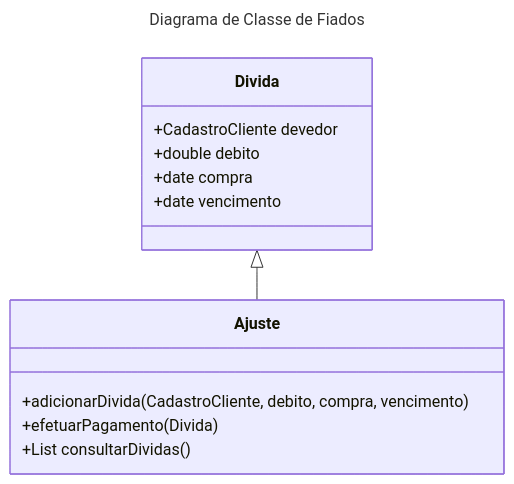
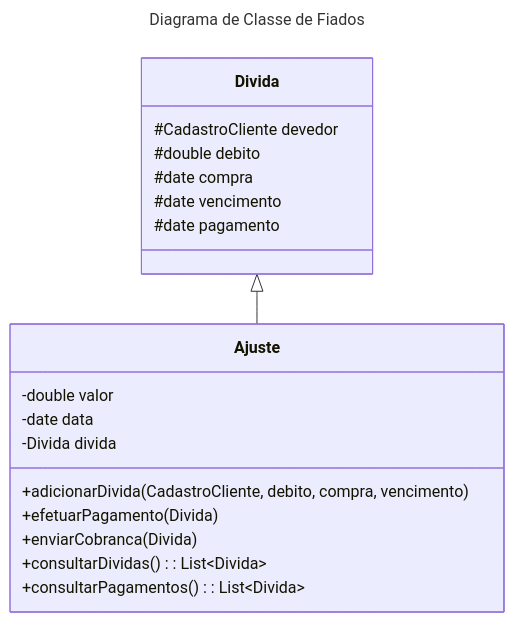
Diagram 17 of 18 in engenharia/diagrams.md (h4mn/fatec_tarefas), drawn with Mermaid before and after one commit. The commit also changed other lines of this file, not shown here.

Commit message:
add: adiciona diagrama de relatorio

````diff
--- a/engenharia/diagrams.md
+++ b/engenharia/diagrams.md
@@ -435,20 +435,27 @@
 ```mermaid
 ---
 title: Diagrama de Classe de Fiados
 ---
 classDiagram
     class Divida{
-        +CadastroCliente devedor
-        +double debito
-        +date compra
-        +date vencimento
+        #CadastroCliente devedor
+        #double debito
+        #date compra
+        #date vencimento
+        #date pagamento
     }
 
     Divida <|-- Ajuste
 
     class Ajuste{
+        -double valor
+        -date data
+        -Divida divida
+
         +adicionarDivida(CadastroCliente, debito, compra, vencimento)
         +efetuarPagamento(Divida)
-        +List<Divida> consultarDividas()
+        +enviarCobranca(Divida)
+        +consultarDividas(): List~Divida~
+        +consultarPagamentos(): List~Divida~
     }
 ```
````
